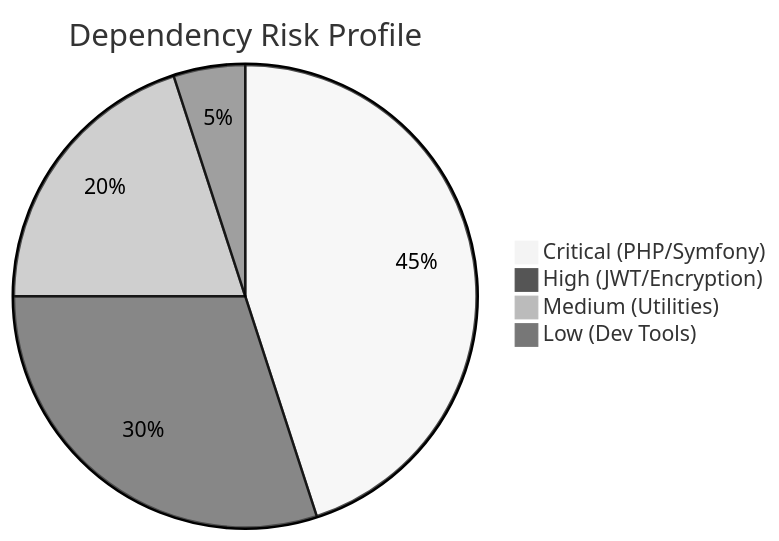
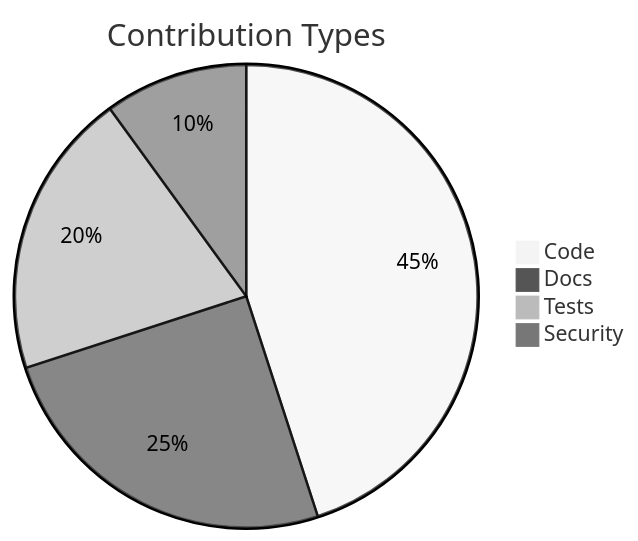
One commit to meyoramu/banana-php changed the fifth of 7 diagrams in docs/COMPOSER-REFERENCE.md. Above: the diagram before and after it, drawn with Mermaid (neutral theme). The commit also changed other lines of this file, not shown here.

````diff
--- a/docs/COMPOSER-REFERENCE.md
+++ b/docs/COMPOSER-REFERENCE.md
@@ -90,8 +126,8 @@
 ```mermaid
 pie
-    title Dependency Risk Profile
-    "Critical (PHP/Symfony)" : 45
-    "High (JWT/Encryption)" : 30
-    "Medium (Utilities)" : 20
-    "Low (Dev Tools)" : 5
+    title Contribution Types
+    "Code" : 45
+    "Docs" : 25
+    "Tests" : 20
+    "Security" : 10
 ```
````
